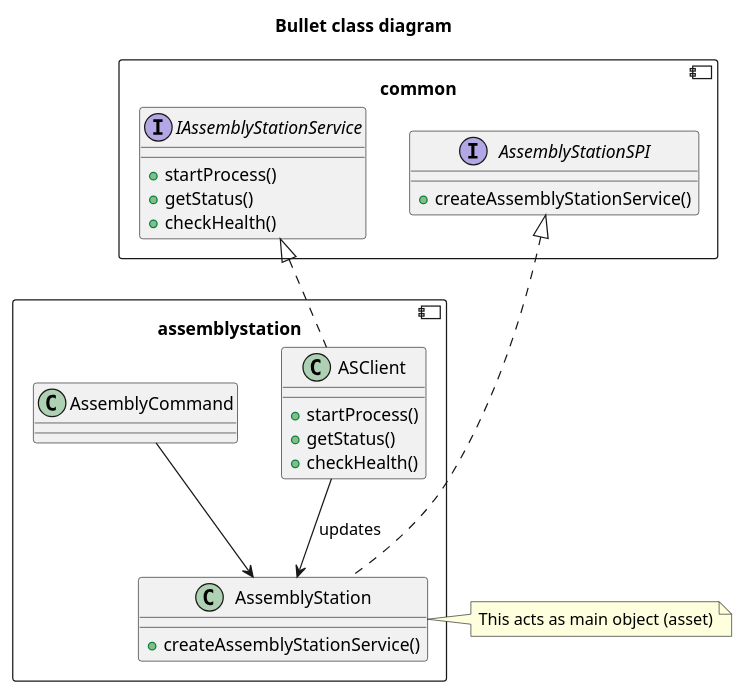
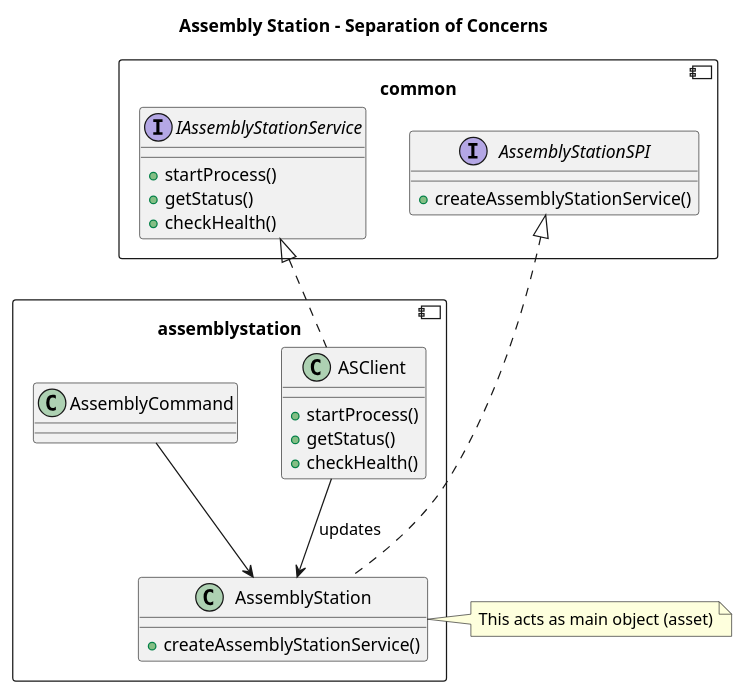
The diagram in diagrams/assembly soc.puml (rasmusgrowup/bobbyprod), drawn with PlantUML before and after one commit.

Commit message:
Assembly diagram rename

```diff
--- a/diagrams/assembly soc.puml
+++ b/diagrams/assembly soc.puml
@@ -1,37 +1,37 @@
 @startuml
-title "Bullet class diagram"
+title "Assembly Station - Separation of Concerns"
 component common {
     interface AssemblyStationSPI {
         +createAssemblyStationService()
     }
     interface IAssemblyStationService {
         +startProcess()
         +getStatus()
         +checkHealth()
     }
 }
 
 component assemblystation {
     class ASClient {
             +startProcess()
             +getStatus()
             +checkHealth()
     }
 
     class AssemblyCommand {
     }
 
     class AssemblyStation {
     +createAssemblyStationService()
     }
 }
     note right of AssemblyStation
         This acts as main object (asset)
     end note
 
 AssemblyStationSPI <|.. AssemblyStation
 IAssemblyStationService <|.. ASClient
 
 AssemblyCommand --> AssemblyStation
 ASClient --> AssemblyStation : updates
 @enduml
```
